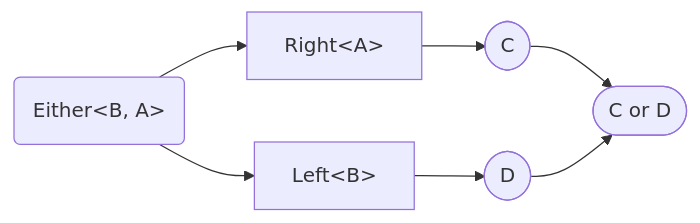
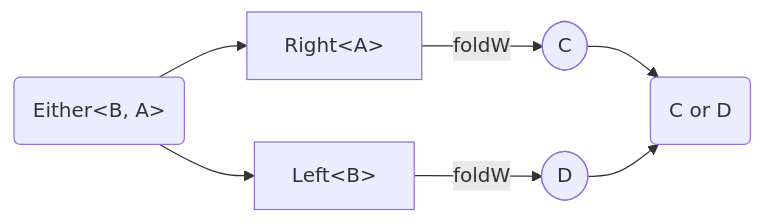
Before and after one commit to adamjosefus/fp-ts-examples: the second of 2 diagrams in Either.md, drawn with Mermaid. The commit also changed other lines of this file, not shown here.

````diff
--- a/Either.md
+++ b/Either.md
@@ -59,10 +63,10 @@
 ```mermaid
 flowchart LR
 input("Either<<span>B, A</span>>") --> left[Left<<span>B</span>>]
-input --> right[Right<<span>A</span>>]
-right --> resultRight([<span>C</span>])
-left --> resultLeft([<span>D</span>])
-resultRight --> result([<span>C or D</span>])
-resultLeft --> result([<span>C or D</span>])
+    input --> right[Right<<span>A</span>>]
+        right --> | foldW | resultRight([<span>C</span>])
+        left -->  | foldW | resultLeft([<span>D</span>])
+            resultRight --> result(<span>C or D</span>)
+            resultLeft --> result(<span>C or D</span>)
 
 ```
````
